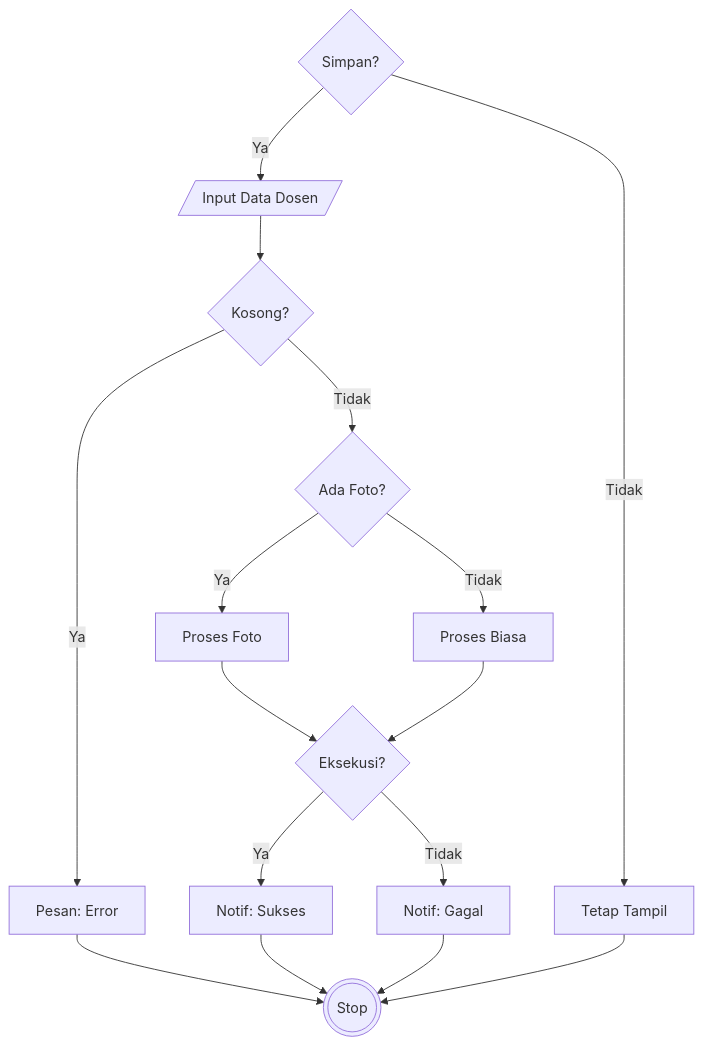
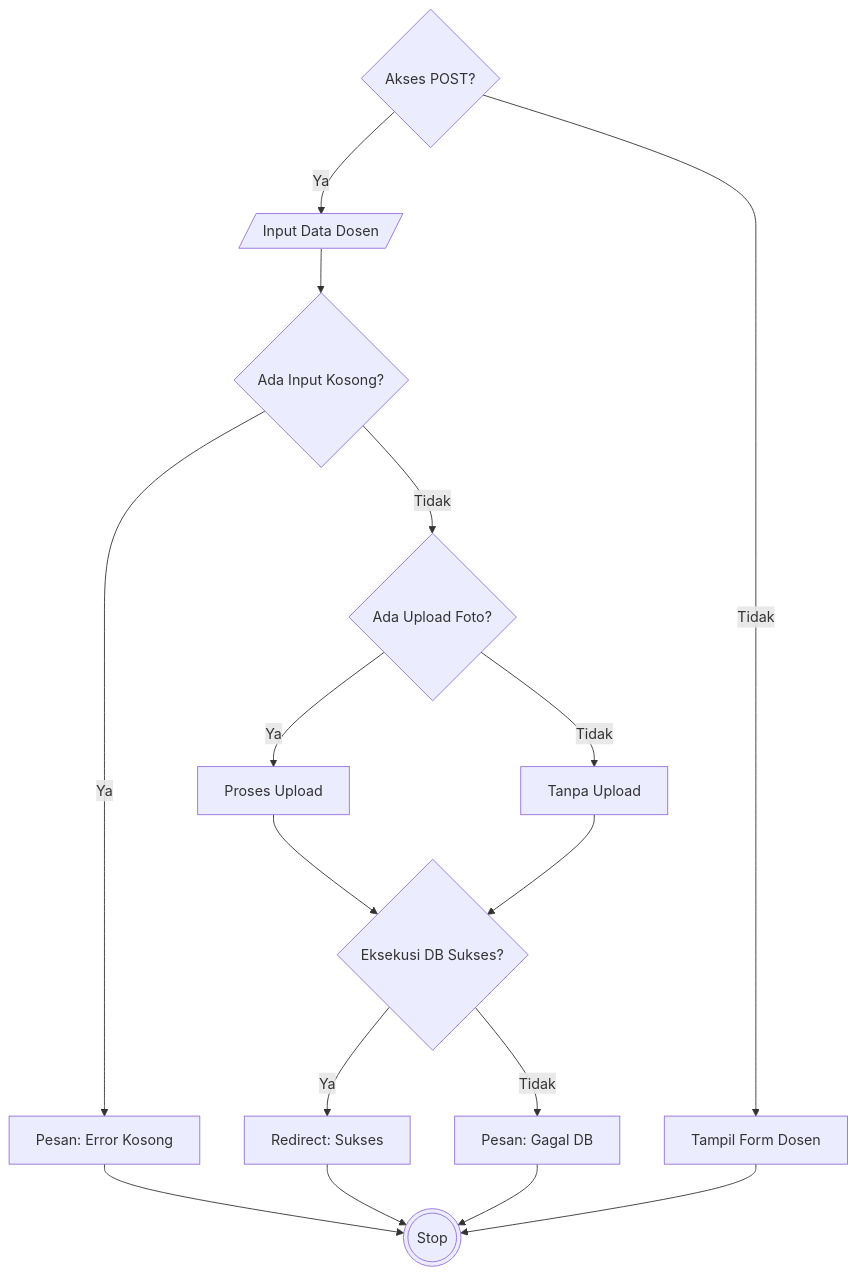
One commit to arbain-dev/Web_fikom changed the fifth of 6 diagrams in docs/07_PENGUJIAN_WHITE_BOX.md. Above: the diagram before and after it, drawn with Mermaid. The commit also changed other lines of this file, not shown here.

Commit message:
docs: fix white box flowchart for dosen module

````diff
--- a/docs/07_PENGUJIAN_WHITE_BOX.md
+++ b/docs/07_PENGUJIAN_WHITE_BOX.md
@@ -258,23 +258,23 @@
 ```mermaid
 flowchart TD
-    1{Simpan?} -->|Ya| 2[/Input Data Dosen/]
-    1 -->|Tidak| 11[Tetap Tampil]
+    1{Akses POST?} -->|Ya| 2[/Input Data Dosen/]
+    1 -->|Tidak| 11[Tampil Form Dosen]
     
-    2 --> 3{Kosong?}
-    3 -->|Ya| 4[Pesan: Error]
-    3 -->|Tidak| 5{Ada Foto?}
+    2 --> 3{Ada Input Kosong?}
+    3 -->|Ya| 4[Pesan: Error Kosong]
+    3 -->|Tidak| 5{Ada Upload Foto?}
     
-    5 -->|Ya| 6[Proses Foto]
-    5 -->|Tidak| 7[Proses Biasa]
+    5 -->|Ya| 6[Proses Upload]
+    5 -->|Tidak| 7[Tanpa Upload]
     
-    6 --> 8{Eksekusi?}
+    6 --> 8{Eksekusi DB Sukses?}
     7 --> 8
     
-    8 -->|Ya| 9[Notif: Sukses]
-    8 -->|Tidak| 10[Notif: Gagal]
+    8 -->|Ya| 9[Redirect: Sukses]
+    8 -->|Tidak| 10[Pesan: Gagal DB]
     
     4 --> 12(((Stop)))
     9 --> 12
     10 --> 12
     11 --> 12
 ```
````
